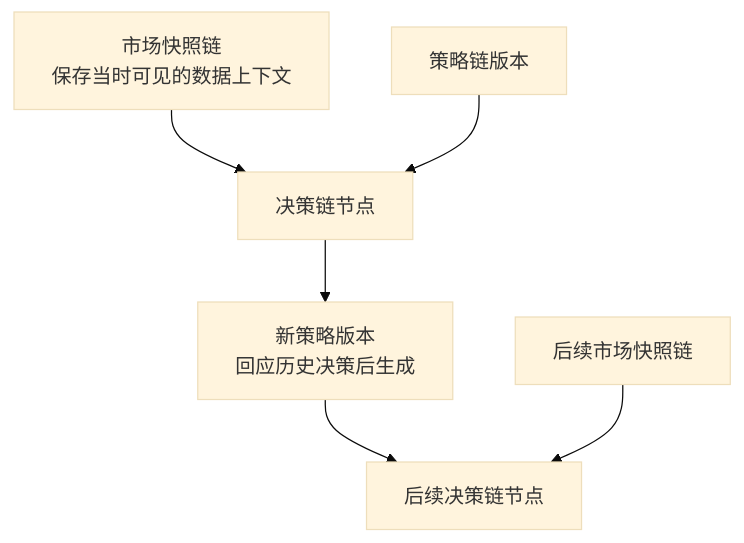
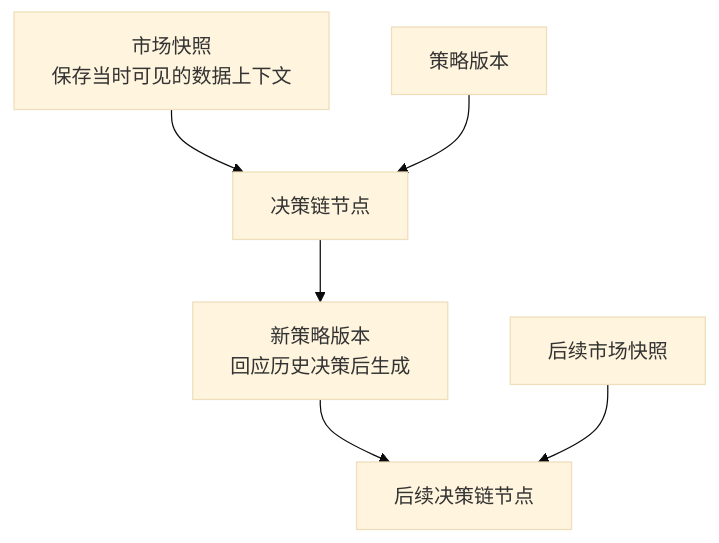
The first of 2 diagrams in README.md (qOeOp/trade), drawn with Mermaid (base theme) before and after one commit. The commit also changed other lines of this file, not shown here.

````diff
--- a/README.md
+++ b/README.md
@@ -138,8 +112,8 @@
-   ```mermaid
-   flowchart TD
-       S["市场快照链\n保存当时可见的数据上下文"] --> D["决策链节点"]
-       P0["策略链版本"] --> D
-       D --> P1["新策略版本\n回应历史决策后生成"]
-       P1 --> D2["后续决策链节点"]
-       S2["后续市场快照链"] --> D2
-   ```
+```mermaid
+flowchart TD
+    S["市场快照\n保存当时可见的数据上下文"] --> D["决策链节点"]
+    P0["策略版本"] --> D
+    D --> P1["新策略版本\n回应历史决策后生成"]
+    P1 --> D2["后续决策链节点"]
+    S2["后续市场快照"] --> D2
+```
````
